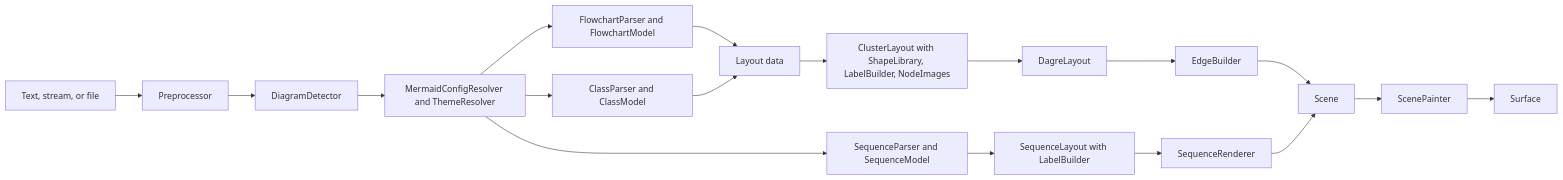
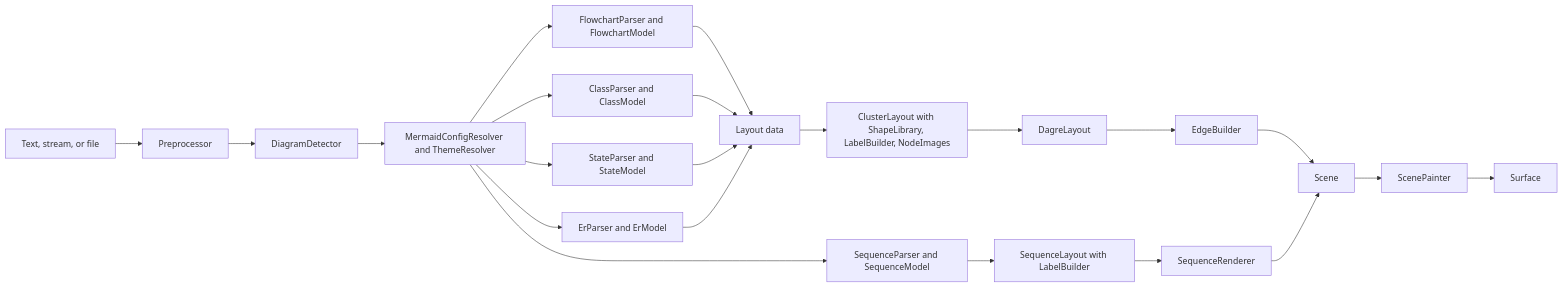
Before and after one commit to demaconsulting/CanvasNet: the diagram in docs/design/canvas-net-mermaid.md, drawn with Mermaid. The commit also changed other lines of this file and 227 other files, not shown here.

First line of the commit message:
Mermaid Phase 2b: native state and ER diagrams (unified renderer + dagre), Viewer, CLI and Pandoc support (#127)

````diff
--- a/docs/design/canvas-net-mermaid.md
+++ b/docs/design/canvas-net-mermaid.md
@@ -175,20 +201,24 @@
 ```mermaid
 flowchart LR
     T[Text, stream, or file] --> P[Preprocessor]
     P --> D[DiagramDetector]
     D --> C[MermaidConfigResolver and ThemeResolver]
     C --> F[FlowchartParser and FlowchartModel]
     F --> L[Layout data]
     L --> R[ClusterLayout with ShapeLibrary, LabelBuilder, NodeImages]
     R --> G[DagreLayout]
     G --> E[EdgeBuilder]
     E --> S[Scene]
     C --> Q[SequenceParser and SequenceModel]
     Q --> Y[SequenceLayout with LabelBuilder]
     Y --> W[SequenceRenderer]
     W --> S
     C --> K[ClassParser and ClassModel]
     K --> L
+    C --> N[StateParser and StateModel]
+    N --> L
+    C --> M[ErParser and ErModel]
+    M --> L
     S --> X[ScenePainter]
     X --> O[Surface]
 ```
````
